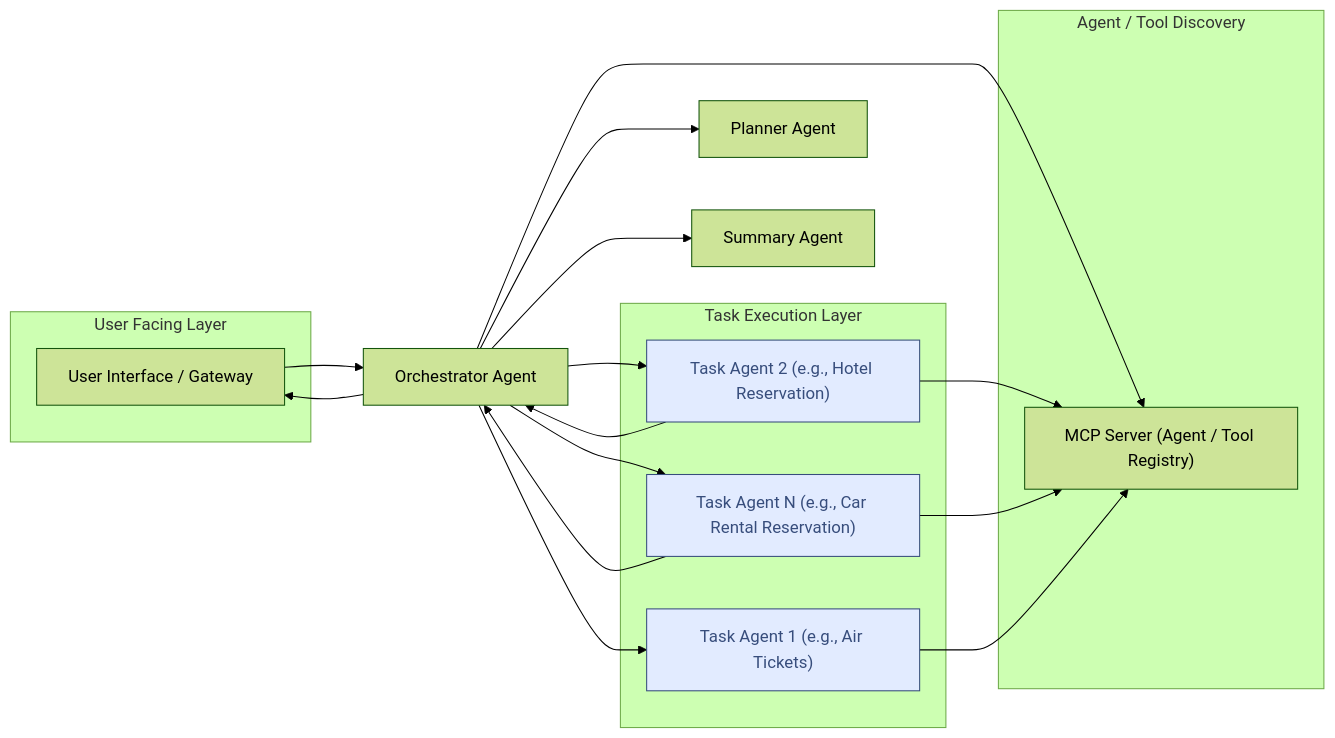
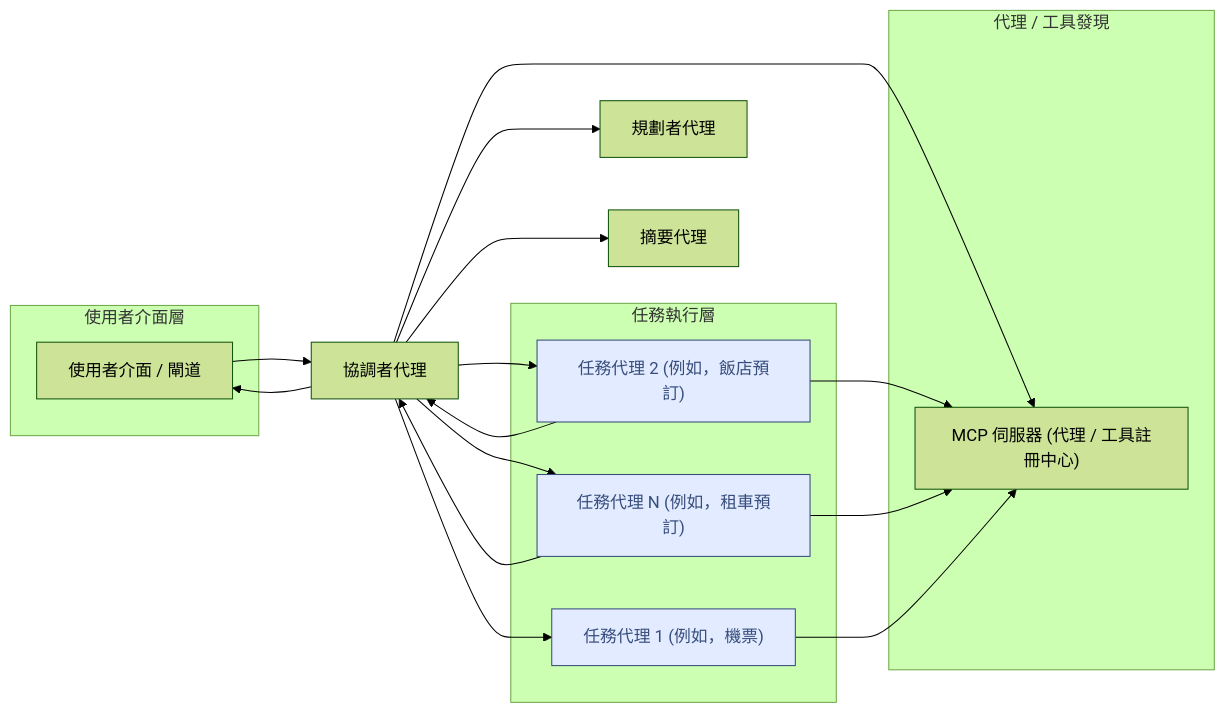
Before and after one commit to detectviz/adk: the diagram in docs/references/adk-samples-agents/a2a_mcp/README.md, drawn with Mermaid (forest theme). The commit also changed other lines of this file and 339 other files, not shown here.

````diff
--- a/docs/references/adk-samples-agents/a2a_mcp/README.md
+++ b/docs/references/adk-samples-agents/a2a_mcp/README.md
@@ -110,28 +110,28 @@
 ```mermaid
 flowchart LR
- subgraph s1["User Facing Layer"]
-        UI["User Interface / Gateway"]
+ subgraph s1["使用者介面層"]
+        UI["使用者介面 / 閘道"]
   end
- subgraph s3["Agent / Tool Discovery"]
-        MCP["MCP Server (Agent / Tool Registry)"]
+ subgraph s3["代理 / 工具發現"]
+        MCP["MCP 伺服器 (代理 / 工具註冊中心)"]
   end
- subgraph s4["Task Execution Layer"]
-        T1["Task Agent 1 (e.g., Air Tickets)"]
-        T2["Task Agent 2 (e.g., Hotel Reservation)"]
-        T3["Task Agent N (e.g., Car Rental Reservation)"]
+ subgraph s4["任務執行層"]
+        T1["任務代理 1 (例如，機票)"]
+        T2["任務代理 2 (例如，飯店預訂)"]
+        T3["任務代理 N (例如，租車預訂)"]
   end
-    UI --> E["Orchestrator Agent"]
-    E --> P["Planner Agent"] & MCP & A["Summary Agent"] & T1 & T2 & T3 & UI
+    UI --> E["協調者代理"]
+    E --> P["規劃者代理"] & MCP & A["摘要代理"] & T1 & T2 & T3 & UI
     T2 --> E & MCP
     T3 --> E & MCP
     T1 --> MCP
      T1:::taskAgent
      T1:::Sky
      T2:::taskAgent
      T2:::Sky
      T3:::taskAgent
      T3:::Sky
     classDef taskAgent fill:#f9f,stroke:#333,stroke-width:2px
     classDef a2aLink stroke-width:2px,stroke:#0077cc,stroke-dasharray: 5 5
     classDef Sky stroke-width:1px, stroke-dasharray:none, stroke:#374D7C, fill:#E2EBFF, color:#374D7C
 ```
````
